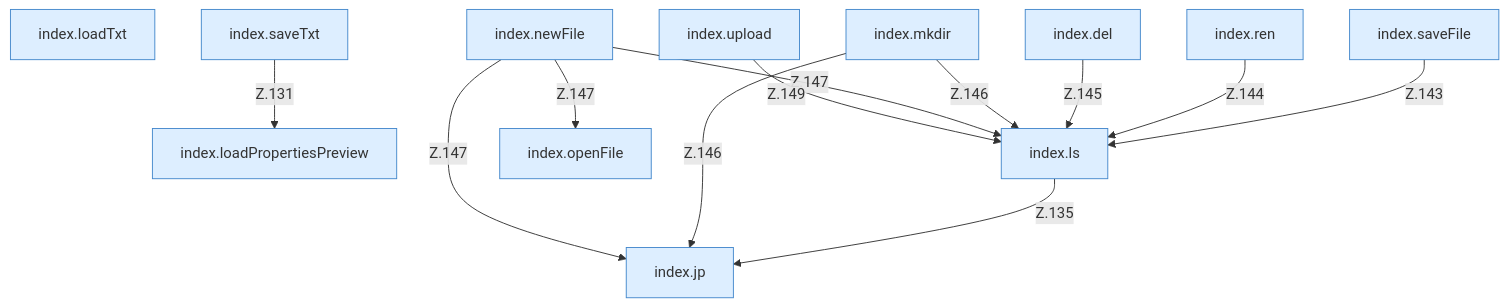
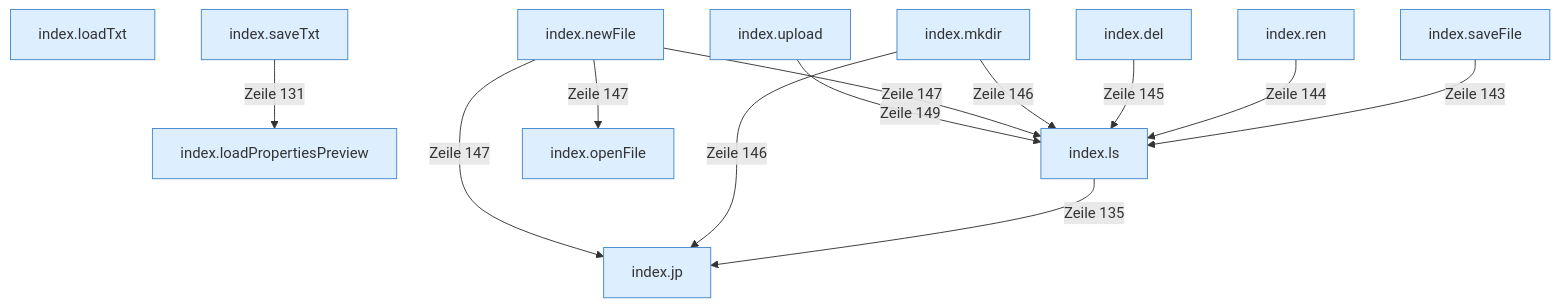
One commit to PrinceDiamant/minecraft-serverhoster-plugin changed the diagram in Legacy-Dateien.md. Above: the diagram before and after it, drawn with Mermaid. The commit also changed other lines of this file and 2005 other files, not shown here.

````diff
--- a/Legacy-Dateien.md
+++ b/Legacy-Dateien.md
@@ -5,28 +5,28 @@
 ```mermaid
 flowchart TD
   n1["index.loadTxt"]:::internal-link
   n2["index.saveTxt"]:::internal-link
   n3["index.loadPropertiesPreview"]:::internal-link
   n4["index.jp"]:::internal-link
   n5["index.ls"]:::internal-link
   n6["index.openFile"]:::internal-link
   n7["index.saveFile"]:::internal-link
   n8["index.ren"]:::internal-link
   n9["index.del"]:::internal-link
   n10["index.mkdir"]:::internal-link
   n11["index.newFile"]:::internal-link
   n12["index.upload"]:::internal-link
-  n2 -->|"Z.131"| n3
-  n5 -->|"Z.135"| n4
-  n7 -->|"Z.143"| n5
-  n8 -->|"Z.144"| n5
-  n9 -->|"Z.145"| n5
-  n10 -->|"Z.146"| n4
-  n10 -->|"Z.146"| n5
-  n11 -->|"Z.147"| n4
-  n11 -->|"Z.147"| n5
-  n11 -->|"Z.147"| n6
-  n12 -->|"Z.149"| n5
+  n2 -->|"Zeile 131"| n3
+  n5 -->|"Zeile 135"| n4
+  n7 -->|"Zeile 143"| n5
+  n8 -->|"Zeile 144"| n5
+  n9 -->|"Zeile 145"| n5
+  n10 -->|"Zeile 146"| n4
+  n10 -->|"Zeile 146"| n5
+  n11 -->|"Zeile 147"| n4
+  n11 -->|"Zeile 147"| n5
+  n11 -->|"Zeile 147"| n6
+  n12 -->|"Zeile 149"| n5
   classDef internal-link fill:#ddeeff,stroke:#4488cc
   classDef befund fill:#f88
 ```
````
